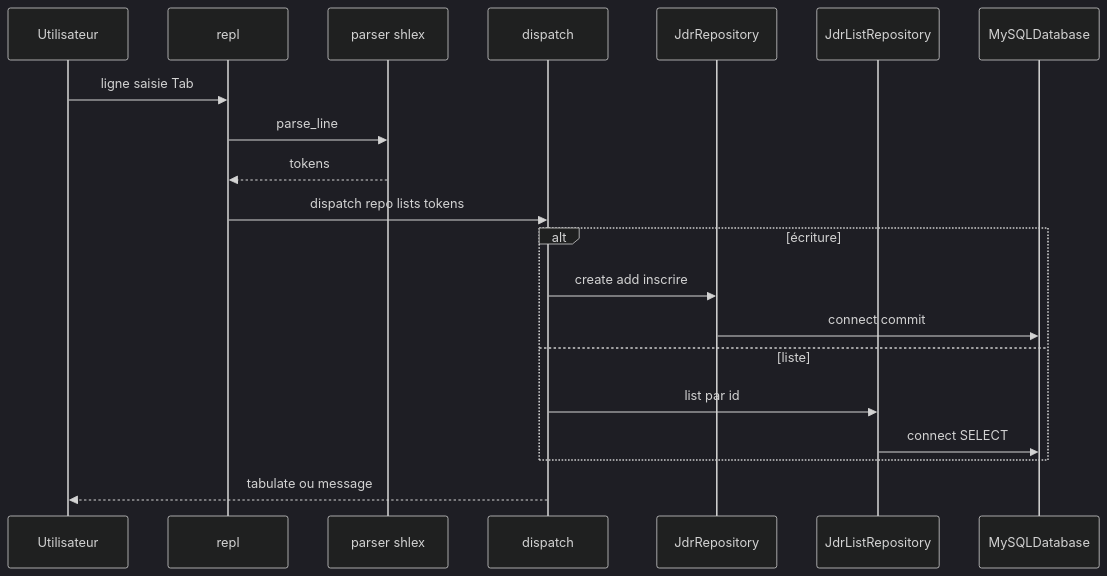
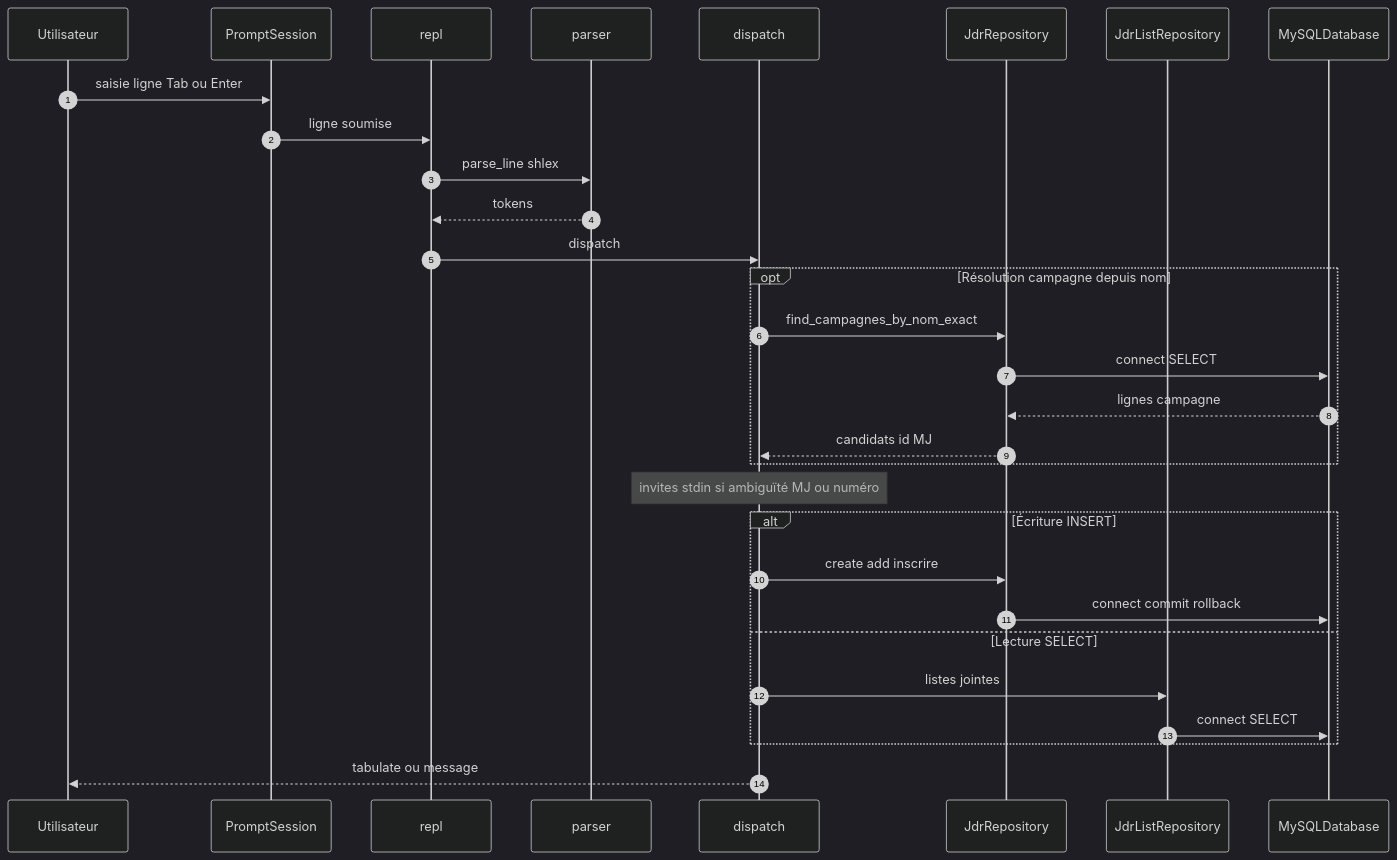
The second of 3 diagrams in docs/architecture.md (Primica/exampy), drawn with Mermaid (dark theme) before and after one commit. The commit also changed other lines of this file and 8 other files, not shown here.

````diff
--- a/docs/architecture.md
+++ b/docs/architecture.md
@@ -43,22 +51,32 @@
 ```mermaid
 sequenceDiagram
-  participant U as Utilisateur
-  participant R as repl
-  participant P as parser shlex
-  participant D as dispatch
-  participant W as JdrRepository
-  participant L as JdrListRepository
-  participant M as MySQLDatabase
-  U->>R: ligne saisie Tab
-  R->>P: parse_line
-  P-->>R: tokens
-  R->>D: dispatch repo lists tokens
-  alt écriture
-    D->>W: create add inscrire
-    W->>M: connect commit
-  else liste
-    D->>L: list par id
-    L->>M: connect SELECT
-  end
-  D-->>U: tabulate ou message
+    autonumber
+    participant U as Utilisateur
+    participant PS as PromptSession
+    participant R as repl
+    participant P as parser
+    participant D as dispatch
+    participant W as JdrRepository
+    participant L as JdrListRepository
+    participant M as MySQLDatabase
+    U->>PS: saisie ligne Tab ou Enter
+    PS->>R: ligne soumise
+    R->>P: parse_line shlex
+    P-->>R: tokens
+    R->>D: dispatch
+    opt Résolution campagne depuis nom
+        D->>W: find_campagnes_by_nom_exact
+        W->>M: connect SELECT
+        M-->>W: lignes campagne
+        W-->>D: candidats id MJ
+    end
+    Note over D: invites stdin si ambiguïté MJ ou numéro
+    alt Écriture INSERT
+        D->>W: create add inscrire
+        W->>M: connect commit rollback
+    else Lecture SELECT
+        D->>L: listes jointes
+        L->>M: connect SELECT
+    end
+    D-->>U: tabulate ou message
 ```
````
